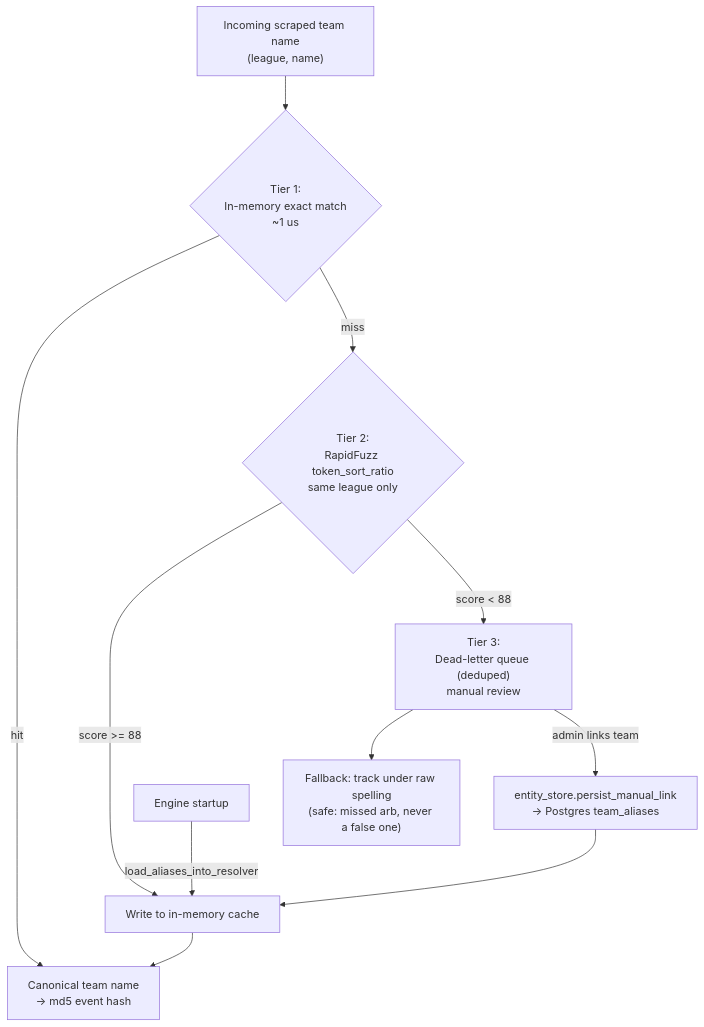
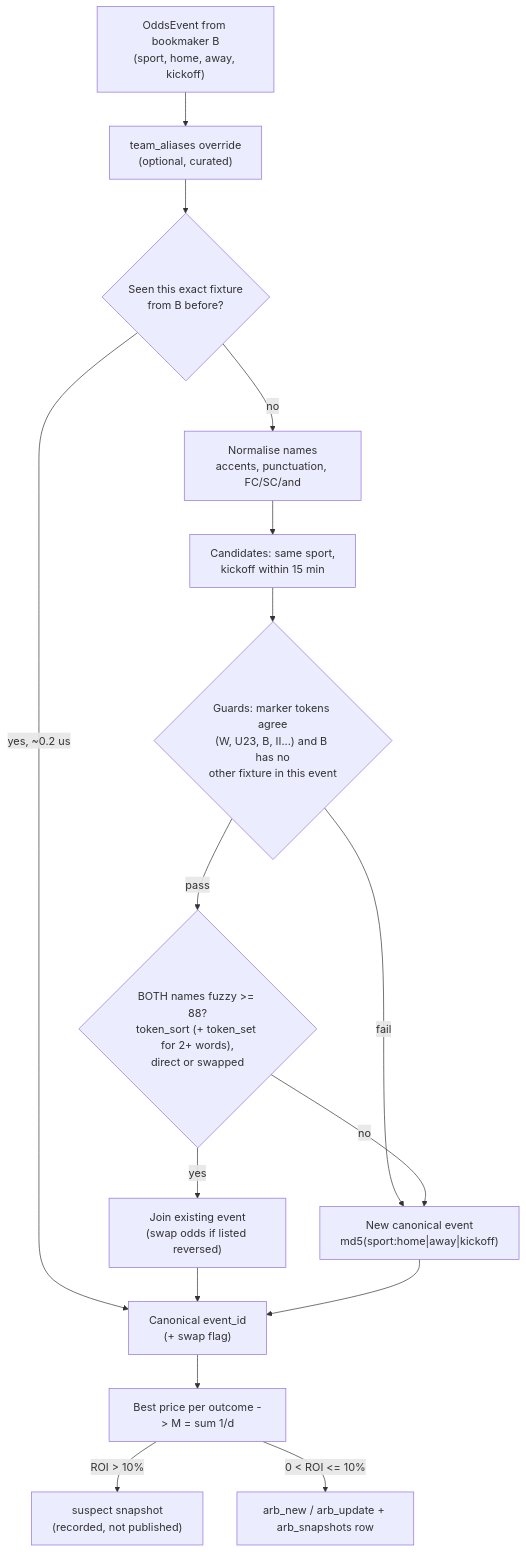
One commit to MadunaCapital/scanner-schemas changed the fourth of 6 diagrams in docs/architecture-diagrams.md. Above: the diagram before and after it, drawn with Mermaid. The commit also changed other lines of this file and 2 other files, not shown here.

Commit message:
As-built docs: rebuilt fixture matching, arb_snapshots, startup migrations
Replaces the three-tier entity-resolution section with the EventMatcher
rule, its guards and its live validation; documents arb_snapshots and
engine-run migrations; next steps become analysis + bankroll tooling.
Diagram 4 is now the fixture-matching flow.

````diff
--- a/docs/architecture-diagrams.md
+++ b/docs/architecture-diagrams.md
@@ -153,11 +153,16 @@
 ```mermaid
 flowchart TD
-    IN["Incoming scraped team name<br/>(league, name)"] --> T1{"Tier 1:<br/>In-memory exact match<br/>~1 us"}
-    T1 -->|hit| OUT["Canonical team name<br/>-> md5 event hash"]
-    T1 -->|miss| T2{"Tier 2:<br/>RapidFuzz token_sort_ratio<br/>same league only"}
-    T2 -->|score >= 88| CACHE["Write to in-memory cache"] --> OUT
-    T2 -->|score < 88| T3["Tier 3:<br/>Dead-letter queue (deduped)<br/>manual review"]
-    T3 --> RAW["Fallback: track under raw spelling<br/>(safe: missed arb, never a false one)"]
-    T3 -->|admin links team| LINK["entity_store.persist_manual_link<br/>-> Postgres team_aliases"] --> CACHE
-    STARTUP["Engine startup"] -->|load_aliases_into_resolver| CACHE
+    IN["OddsEvent from bookmaker B<br/>(sport, home, away, kickoff)"] --> AL["team_aliases override<br/>(optional, curated)"]
+    AL --> C{"Seen this exact fixture<br/>from B before?"}
+    C -->|yes, ~0.2 us| OUT["Canonical event_id<br/>(+ swap flag)"]
+    C -->|no| N["Normalise names<br/>accents, punctuation, FC/SC/and"]
+    N --> W["Candidates: same sport,<br/>kickoff within 15 min"]
+    W --> G{"Guards: marker tokens agree<br/>(W, U23, B, II...) and B has no<br/>other fixture in this event"}
+    G -->|fail| NEW
+    G -->|pass| S{"BOTH names fuzzy >= 88?<br/>token_sort (+ token_set for 2+ words),<br/>direct or swapped"}
+    S -->|yes| JOIN["Join existing event<br/>(swap odds if listed reversed)"] --> OUT
+    S -->|no| NEW["New canonical event<br/>md5(sport:home|away|kickoff)"] --> OUT
+    OUT --> ARB["Best price per outcome -> M = sum 1/d"]
+    ARB -->|ROI > 10%| SUS["suspect snapshot<br/>(recorded, not published)"]
+    ARB -->|0 < ROI <= 10%| PUB["arb_new / arb_update + arb_snapshots row"]
 ```
````
